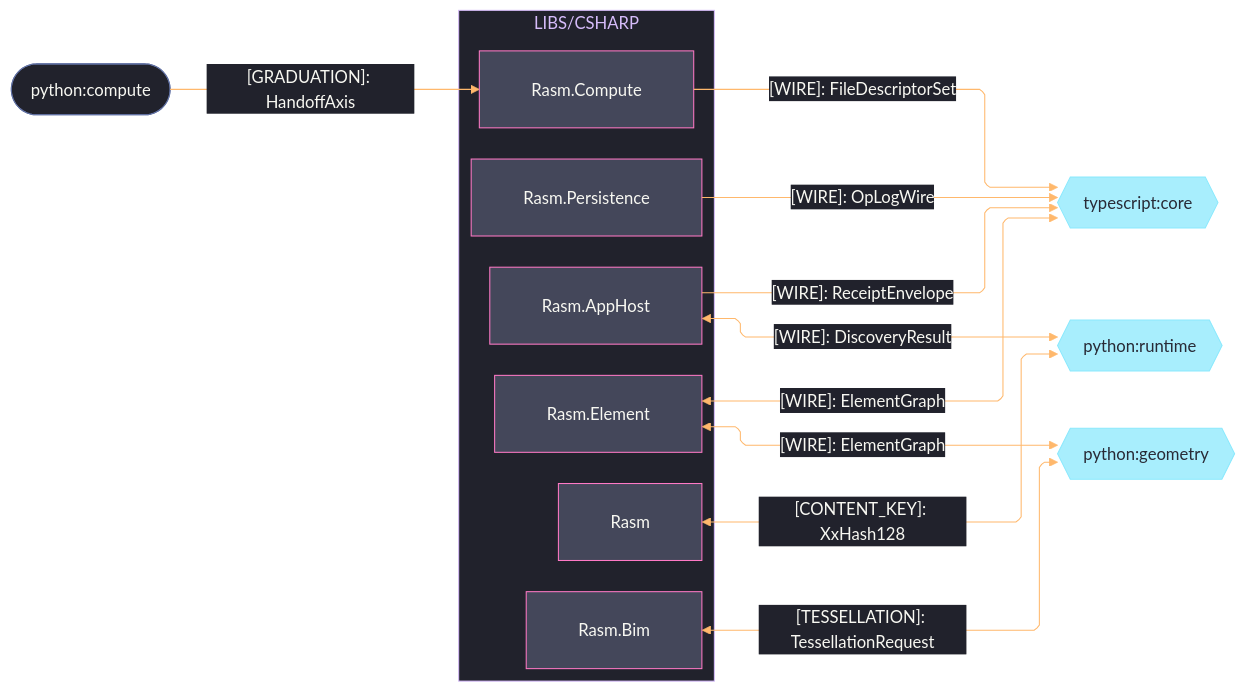
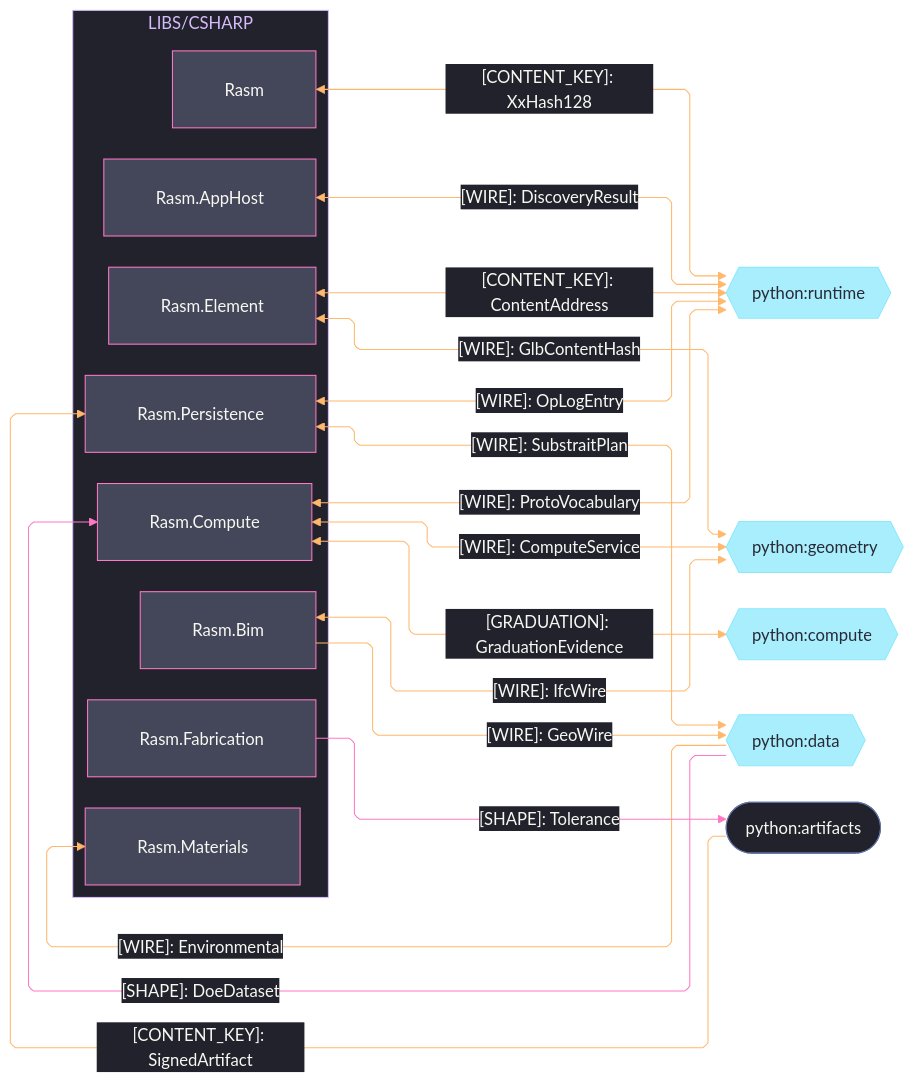
The second of 3 diagrams in libs/csharp/.planning/ARCHITECTURE.md (bsamiee/Rasm), drawn with Mermaid before and after one commit. The commit also changed other lines of this file and 24 other files, not shown here.

Commit message:
architecture: seam registries + codemaps aligned across the estate (worker fabric edges, scene rows, csharp/ts seam mirrors)

````diff
--- a/libs/csharp/.planning/ARCHITECTURE.md
+++ b/libs/csharp/.planning/ARCHITECTURE.md
@@ -26,60 +114,71 @@
 ```mermaid
 ---
 config:
   theme: base
   look: classic
   layout: elk
   flowchart:
     curve: linear
     padding: 25
   themeVariables:
     darkMode: true
     fontFamily: "SF Mono, Menlo, Cascadia Mono, Segoe UI Mono, Consolas, monospace"
     useGradient: false
     dropShadow: "none"
     background: "#282A36"
     primaryColor: "#44475A"
     primaryTextColor: "#F8F8F2"
     primaryBorderColor: "#BD93F9"
     lineColor: "#FF79C6"
     textColor: "#F8F8F2"
     clusterBkg: "#21222C"
     clusterBorder: "#D6BCFA"
     edgeLabelBackground: "#21222C"
     labelBackgroundColor: "#21222C"
     titleColor: "#D6BCFA"
   themeCSS: ".nodeLabel{font-size:13px;font-weight:500}.edgeLabel{font-size:12px;font-weight:500}.cluster-label .nodeLabel{font-size:13.5px;font-weight:700;letter-spacing:.08em}.edge-thickness-normal{stroke-width:2px}.edge-thickness-thick{stroke-width:3px}.edge-pattern-dashed,.edge-pattern-dotted{stroke-width:1.5px;stroke-dasharray:4 6}.node rect,.node circle,.node polygon,.node path,.node .outer-path{stroke-width:1.5px;filter:none!important}.cluster rect{stroke-width:1px!important;stroke-dasharray:5 4!important;filter:none!important}.marker path{transform:scale(.8);transform-origin:5px 5px}.marker circle{transform:scale(.48);transform-origin:5px 5px}.edgeLabel rect{transform-box:fill-box;transform-origin:center;transform:scale(1.1,1.2)}"
 ---
 flowchart LR
-    accTitle: C# branch cross-runtime seam registry
-    accDescr: C# branch packages exchanging content-keyed wires, tessellation, and graduation evidence with the TypeScript core and the Python geometry, runtime, and compute peers, edge rails colored by kind and nodes classed by seam direction.
+    accTitle: C# branch python seam registry
+    accDescr: C# packages exchanging kinded contract shapes with the python packages — data-bearing kinds on the orange rail, shape contracts on the pink rail — bidirectional peers as hexagons, one-way sources and sinks as stadiums.
     subgraph csharp[LIBS/CSHARP]
         Rasm[Rasm]
         Element[Rasm.Element]
         Bim[Rasm.Bim]
+        Materials[Rasm.Materials]
+        Fabrication[Rasm.Fabrication]
         AppHost[Rasm.AppHost]
         Compute[Rasm.Compute]
         Persistence[Rasm.Persistence]
     end
-    Core{{typescript:core}}
-    Runtime{{python:runtime}}
-    Geometry{{python:geometry}}
-    PyCompute([python:compute])
-    AppHost e1@-->|"[WIRE]: ReceiptEnvelope"| Core
-    Compute e2@-->|"[WIRE]: FileDescriptorSet"| Core
-    Persistence e3@-->|"[WIRE]: OpLogWire"| Core
-    Rasm e4@<-->|"[CONTENT_KEY]: XxHash128"| Runtime
-    Element e5@<-->|"[WIRE]: ElementGraph"| Geometry
-    Element e6@<-->|"[WIRE]: ElementGraph"| Core
-    Bim e7@<-->|"[TESSELLATION]: TessellationRequest"| Geometry
-    AppHost e8@<-->|"[WIRE]: DiscoveryResult"| Runtime
-    PyCompute e9@-->|"[GRADUATION]: HandoffAxis"| Compute
+    PyRuntime{{python:runtime}}
+    PyGeometry{{python:geometry}}
+    PyCompute{{python:compute}}
+    PyData{{python:data}}
+    PyArtifacts([python:artifacts])
+    Rasm e1@<-->|"[CONTENT_KEY]: XxHash128"| PyRuntime
+    Element e2@<-->|"[WIRE]: GlbContentHash"| PyGeometry
+    Element e3@<-->|"[CONTENT_KEY]: ContentAddress"| PyRuntime
+    Bim e4@<-->|"[WIRE]: IfcWire"| PyGeometry
+    Bim e5@-->|"[WIRE]: GeoWire"| PyData
+    PyData e6@-->|"[WIRE]: Environmental"| Materials
+    Fabrication e7@-->|"[SHAPE]: Tolerance"| PyArtifacts
+    AppHost e8@<-->|"[WIRE]: DiscoveryResult"| PyRuntime
+    Compute e9@<-->|"[WIRE]: ComputeService"| PyGeometry
+    Compute e10@<-->|"[WIRE]: ProtoVocabulary"| PyRuntime
+    Compute e11@<-->|"[GRADUATION]: GraduationEvidence"| PyCompute
+    PyData e12@-->|"[SHAPE]: DoeDataset"| Compute
+    Persistence e13@<-->|"[WIRE]: OpLogEntry"| PyRuntime
+    PyArtifacts e14@-->|"[CONTENT_KEY]: SignedArtifact"| Persistence
+    Persistence e15@<-->|"[WIRE]: SubstraitPlan"| PyData
     classDef primary fill:#44475A,stroke:#FF79C6,color:#F8F8F2
     classDef external fill:#8BE9FDBF,stroke:#8BE9FD,color:#282A36
-    classDef annotation fill:#21222C,stroke:#6272A4,color:#F8F8F2
+    classDef recessed fill:#21222C,stroke:#6272A4,color:#F8F8F2
     classDef edgeData stroke:#FFB86C,color:#F8F8F2
-    class Rasm,Element,Bim,AppHost,Compute,Persistence primary
-    class Core,Runtime,Geometry external
-    class PyCompute annotation
-    class e1,e2,e3,e4,e5,e6,e7,e8,e9 edgeData
+    classDef edgeControl stroke:#FF79C6,color:#F8F8F2
+    class Rasm,Element,Bim,Materials,Fabrication,AppHost,Compute,Persistence primary
+    class PyRuntime,PyGeometry,PyCompute,PyData external
+    class PyArtifacts recessed
+    class e1,e2,e3,e4,e5,e6,e8,e9,e10,e11,e13,e14,e15 edgeData
+    class e7,e12 edgeControl
 ```
````
